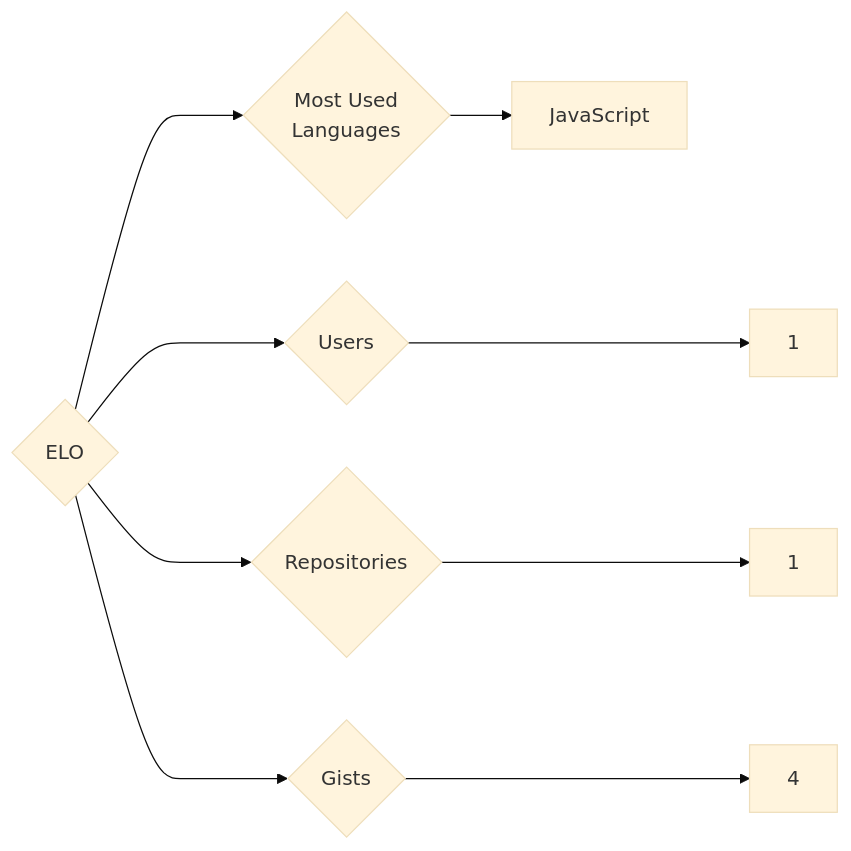
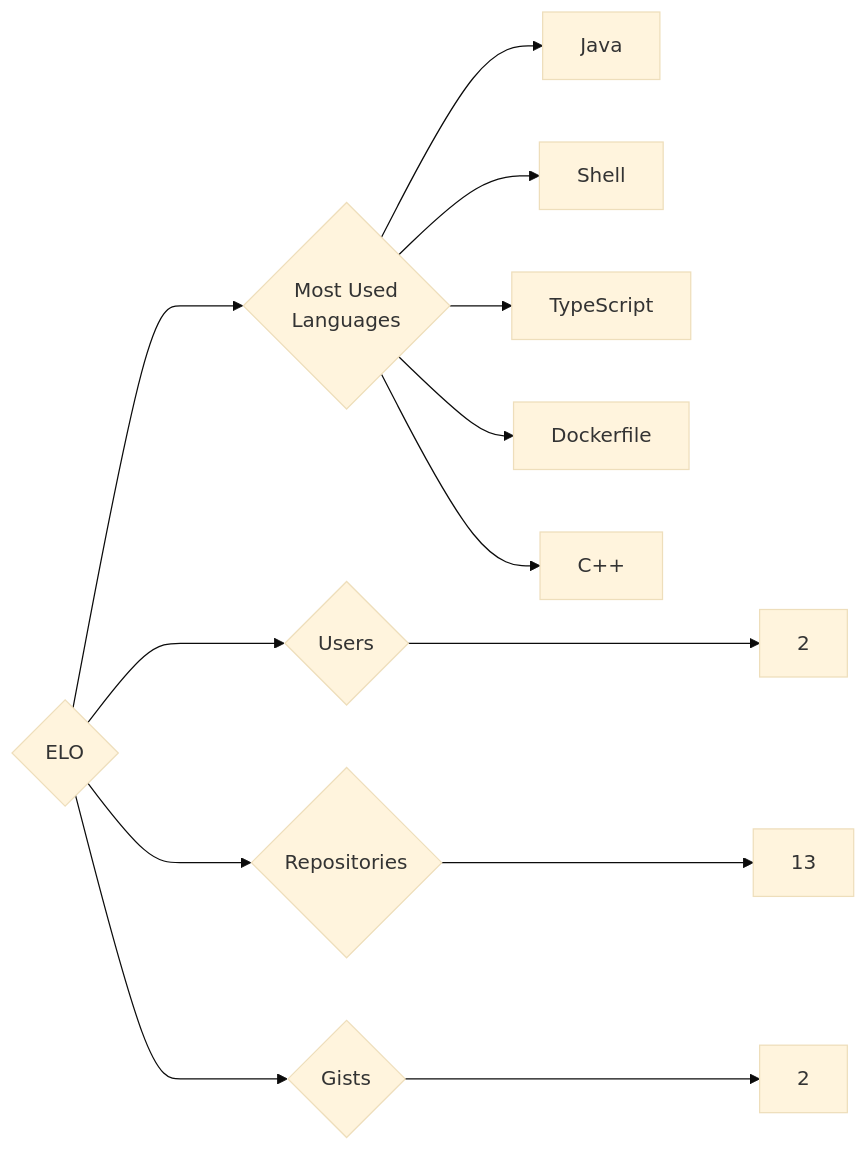
Before and after one commit to trickest/insiders: the diagram in targets/ELO/README.md, drawn with Mermaid (base theme). The commit also changed 1003 other files, not shown here.

````diff
--- a/targets/ELO/README.md
+++ b/targets/ELO/README.md
@@ -3,9 +3,13 @@
 ```mermaid
 graph LR
 COMPANY_NAME{ELO}
-COMPANY_NAME ---> U{Users} ---> UN[1]
-COMPANY_NAME ---> R{Repositories} ---> RN[1]
-COMPANY_NAME ---> G{Gists} ---> GN[4]
+COMPANY_NAME ---> U{Users} ---> UN[2]
+COMPANY_NAME ---> R{Repositories} ---> RN[13]
+COMPANY_NAME ---> G{Gists} ---> GN[2]
 COMPANY_NAME ---> ML{Most Used<br>Languages}
-ML --> JavaScript[JavaScript]
+ML --> Java[Java]
+ML --> Shell[Shell]
+ML --> TypeScript[TypeScript]
+ML --> Dockerfile[Dockerfile]
+ML --> C++[C++]
 ```
````
